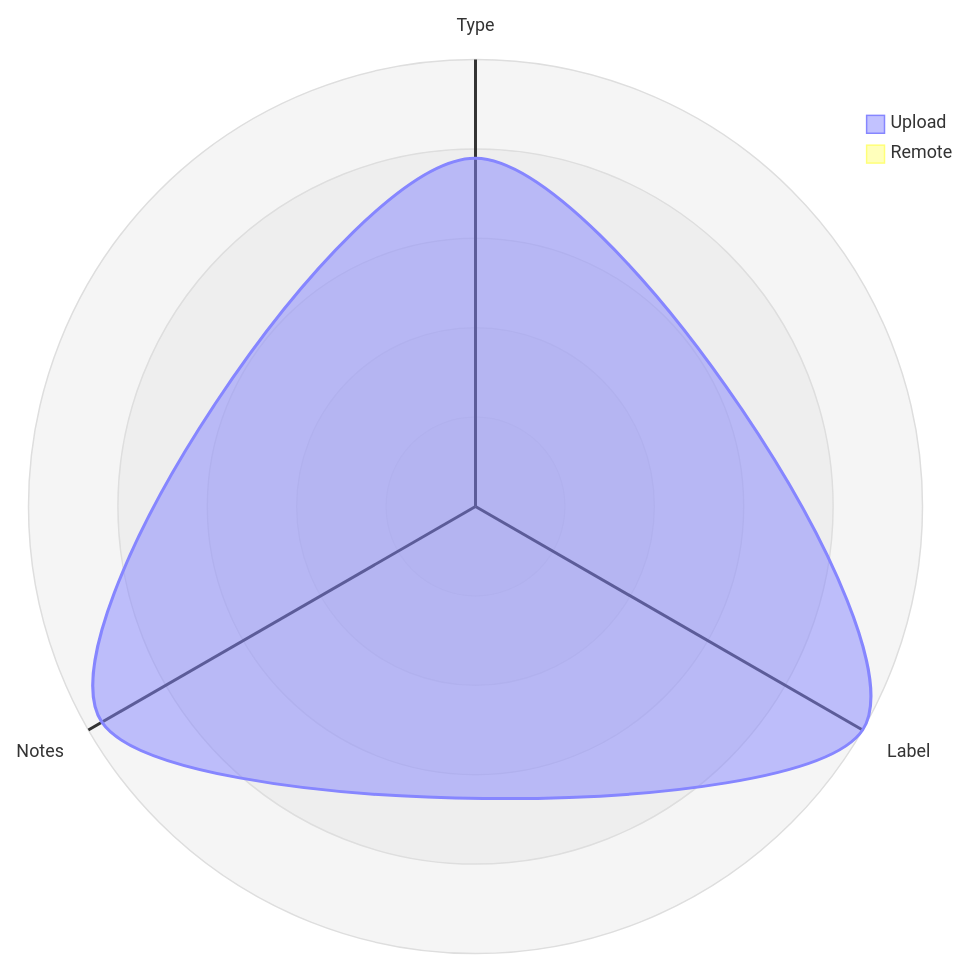
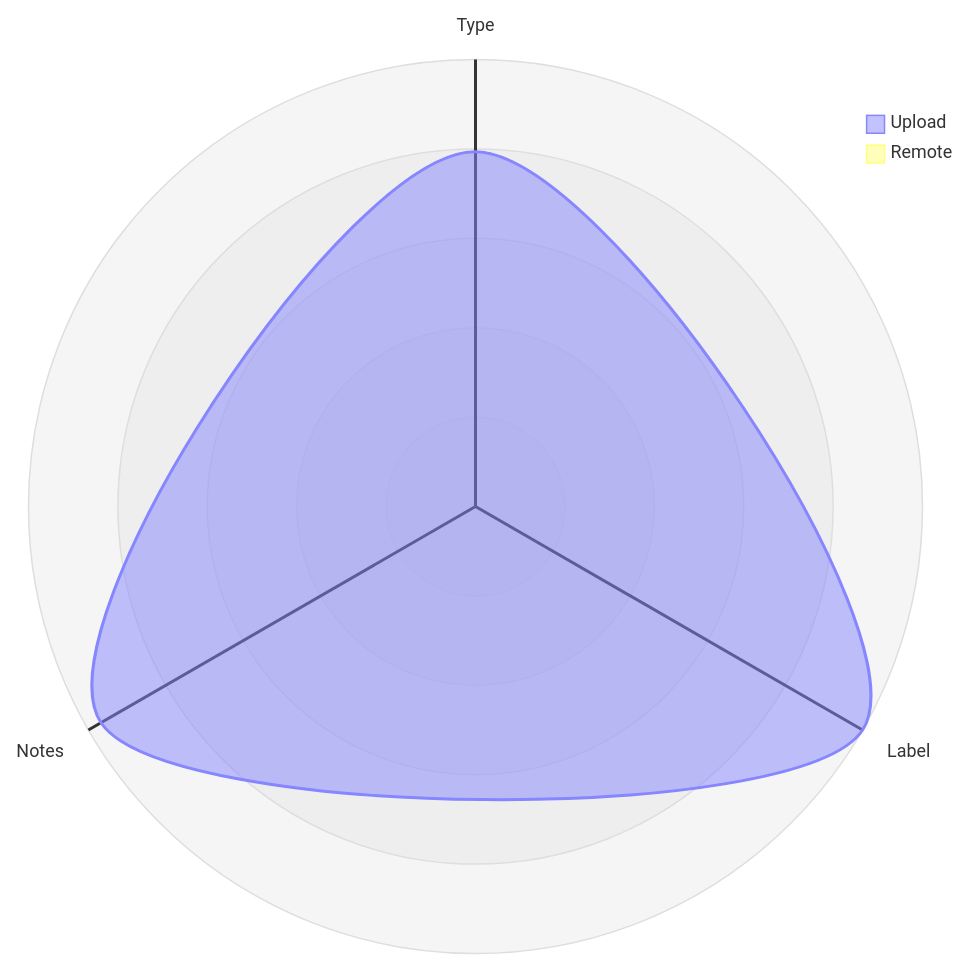
One commit to open-data/analytics-corporate-reporting changed the third of 5 diagrams in datastore_tracker/README.md. Above: the diagram before and after it, drawn with Mermaid. The commit also changed other lines of this file and 9 other files, not shown here.

````diff
--- a/datastore_tracker/README.md
+++ b/datastore_tracker/README.md
@@ -104,12 +104,12 @@
 ```mermaid
 radar-beta
   axis T["Type"], L["Label"], N["Notes"]
-  curve u["Upload"]{0.00067, 0.00086, 0.00083}
+  curve u["Upload"]{0.00073, 0.00092, 0.00089}
   curve r["Remote"]{0, 0, 0}
 
   showLegend true
 
   min 0
   graticule circle
   ticks 5
 ```
````
